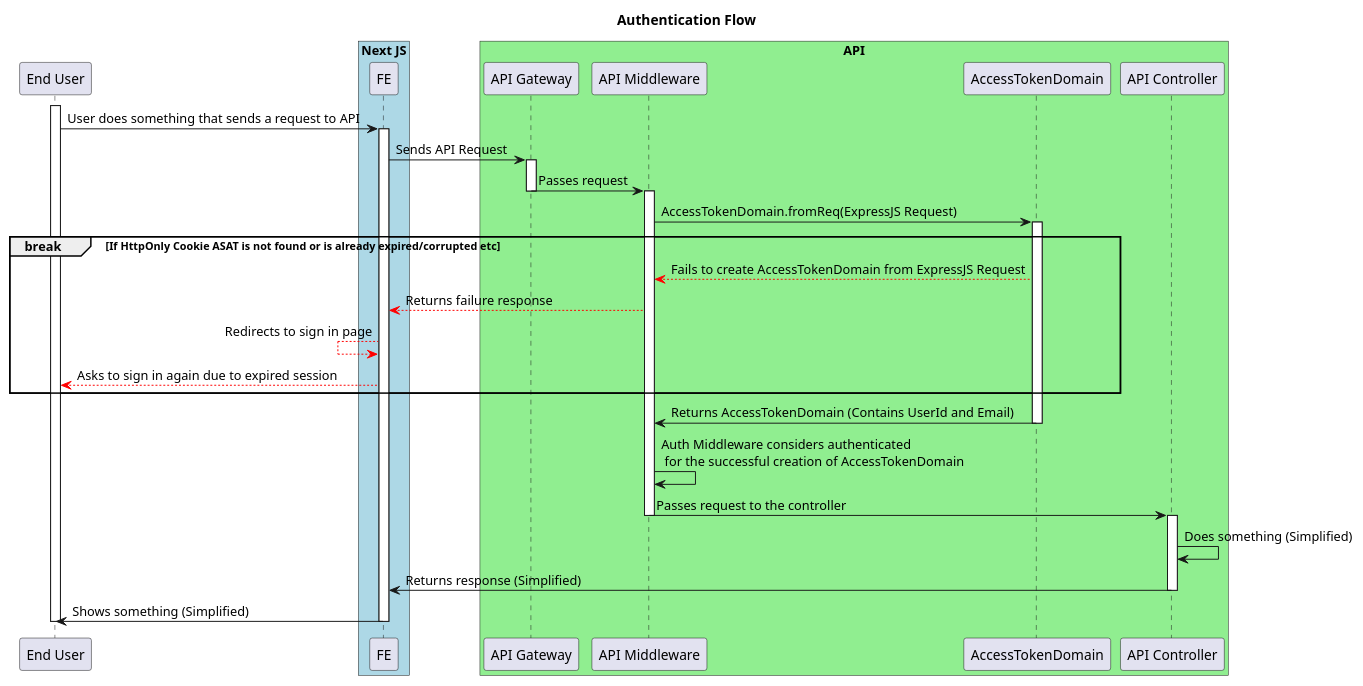
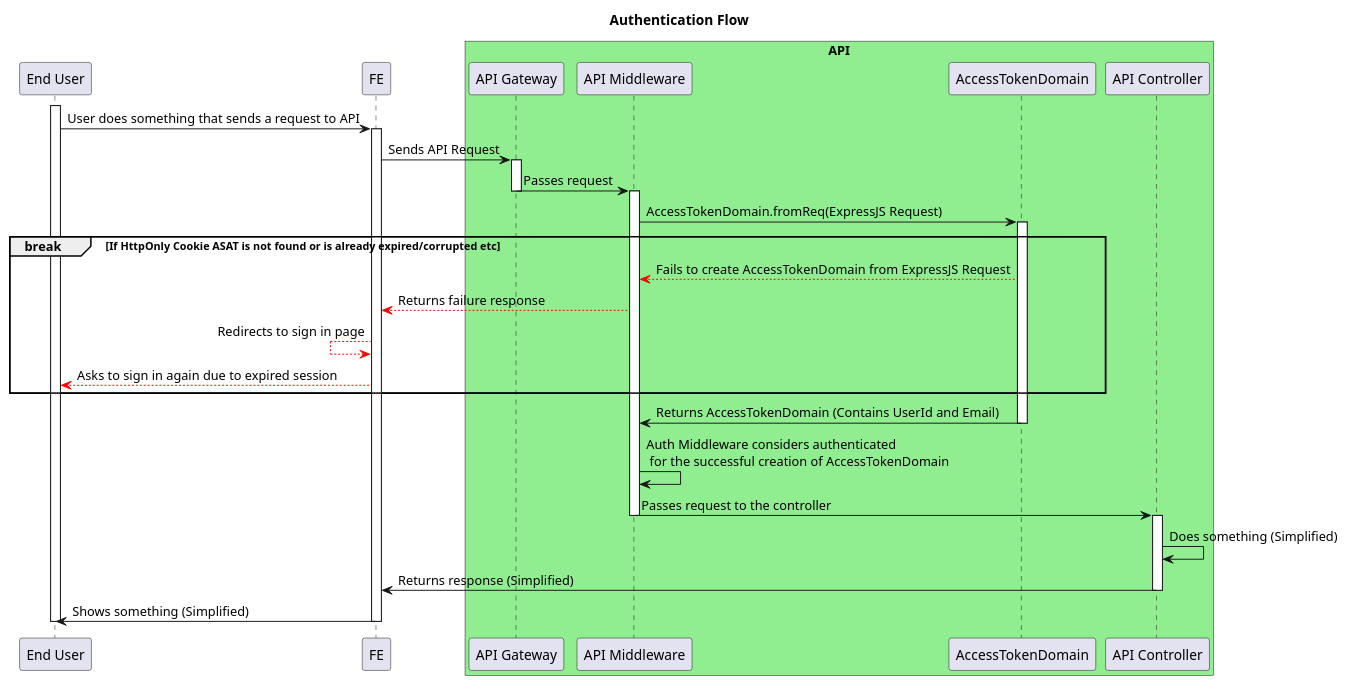
The diagram in auth/after-sign-in-auth-flow.md (ajktown/docs), drawn with PlantUML before and after one commit. The commit also changed 1 other file, not shown here.

````diff
--- a/auth/after-sign-in-auth-flow.md
+++ b/auth/after-sign-in-auth-flow.md
@@ -14,48 +14,46 @@
 ```plantuml
 
 @startuml
 
 title Authentication Flow
 
 participant "End User" as user
-box "Next JS" #Lightblue
-  participant "FE" as fe
-box
+participant "FE" as fe
 box "API" #Lightgreen
   participant "API Gateway" as api
   participant "API Middleware" as mdl
   participant "AccessTokenDomain" as atd
   participant "API Controller" as ctl
 box
 activate user
   user -> fe: User does something that sends a request to API
   activate fe
     fe -> api: Sends API Request
     activate api
       api -> mdl: Passes request
     deactivate api
     activate mdl
       mdl -> atd: AccessTokenDomain.fromReq(ExpressJS Request)
       activate atd
         break If HttpOnly Cookie ASAT is not found or is already expired/corrupted etc
           mdl <[#red]-- atd : Fails to create AccessTokenDomain from ExpressJS Request
           fe <[#red]-- mdl : Returns failure response
           fe <[#red]-- fe : Redirects to sign in page
           user <[#red]-- fe: Asks to sign in again due to expired session
         end break
         mdl <- atd: Returns AccessTokenDomain (Contains UserId and Email)
       deactivate atd
       mdl -> mdl: Auth Middleware considers authenticated \n for the successful creation of AccessTokenDomain
       mdl -> ctl: Passes request to the controller
     deactivate mdl
     activate ctl
       ctl -> ctl: Does something (Simplified)
       fe <- ctl: Returns response (Simplified)
     deactivate ctl
     deactivate mdl
   user <- fe: Shows something (Simplified)
   deactivate fe
 deactivate user
 
 
 ```
````
